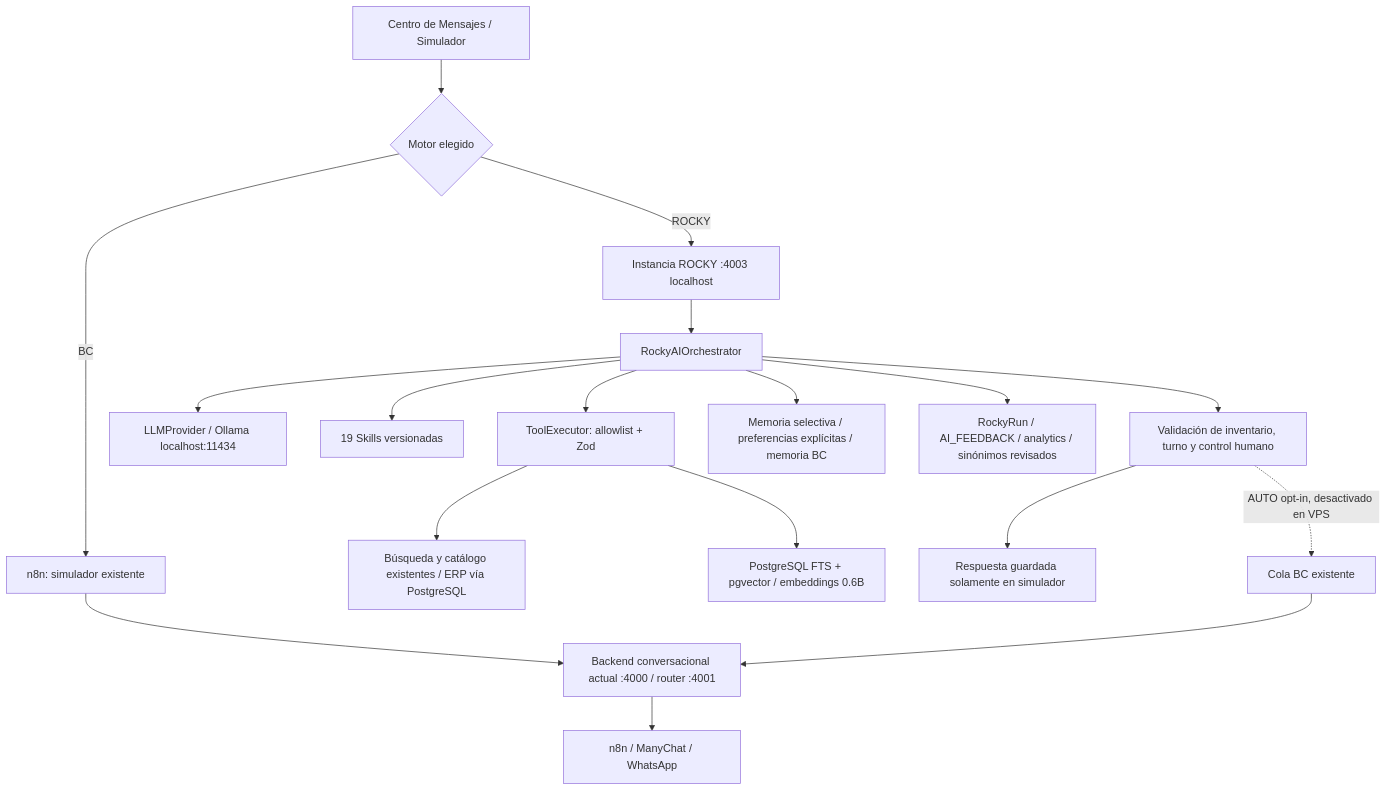
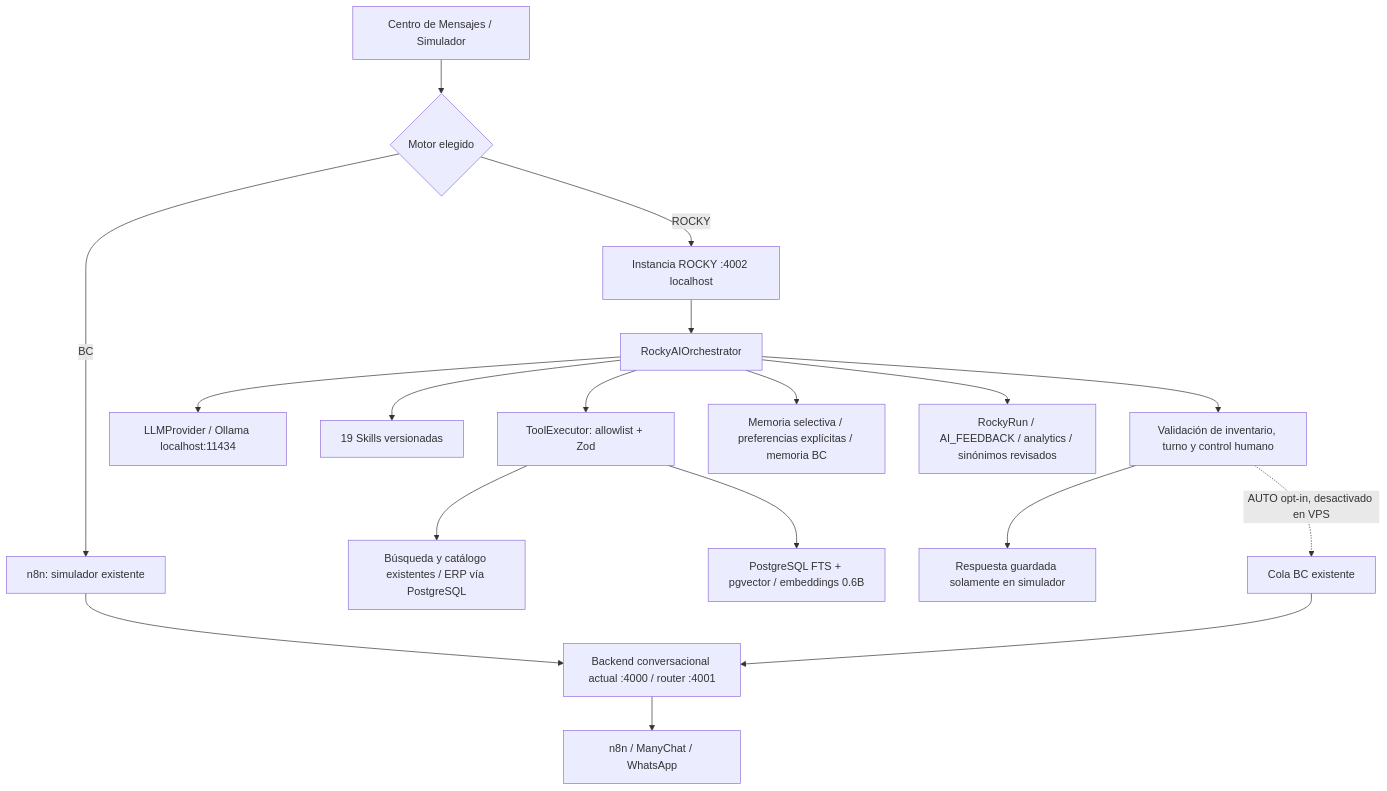
The diagram in docs/rocky/README.md (marcpd28-png/sistema-web-importadora-super), drawn with Mermaid before and after one commit. The commit also changed other lines of this file and 18 other files, not shown here.

````diff
--- a/docs/rocky/README.md
+++ b/docs/rocky/README.md
@@ -15,20 +15,20 @@
 ```mermaid
 flowchart TD
   UI[Centro de Mensajes / Simulador] --> SELECT{Motor elegido}
   SELECT -->|BC| N8N[n8n: simulador existente]
   N8N --> BC[Backend conversacional actual :4000 / router :4001]
-  SELECT -->|ROCKY| API[Instancia ROCKY :4003 localhost]
+  SELECT -->|ROCKY| API[Instancia ROCKY :4002 localhost]
   API --> ORCH[RockyAIOrchestrator]
   ORCH --> PLAN[LLMProvider / Ollama localhost:11434]
   ORCH --> SK[19 Skills versionadas]
   ORCH --> TOOLS[ToolExecutor: allowlist + Zod]
   TOOLS --> CATALOG[Búsqueda y catálogo existentes / ERP vía PostgreSQL]
   TOOLS --> RAG[PostgreSQL FTS + pgvector / embeddings 0.6B]
   ORCH --> MEMORY[Memoria selectiva / preferencias explícitas / memoria BC]
   ORCH --> TRACE[RockyRun / AI_FEEDBACK / analytics / sinónimos revisados]
   ORCH --> GUARD[Validación de inventario, turno y control humano]
   GUARD --> SIM[Respuesta guardada solamente en simulador]
   GUARD -. AUTO opt-in, desactivado en VPS .-> OUTBOX[Cola BC existente]
   OUTBOX --> BC
   BC --> OUT[n8n / ManyChat / WhatsApp]
 ```
````
